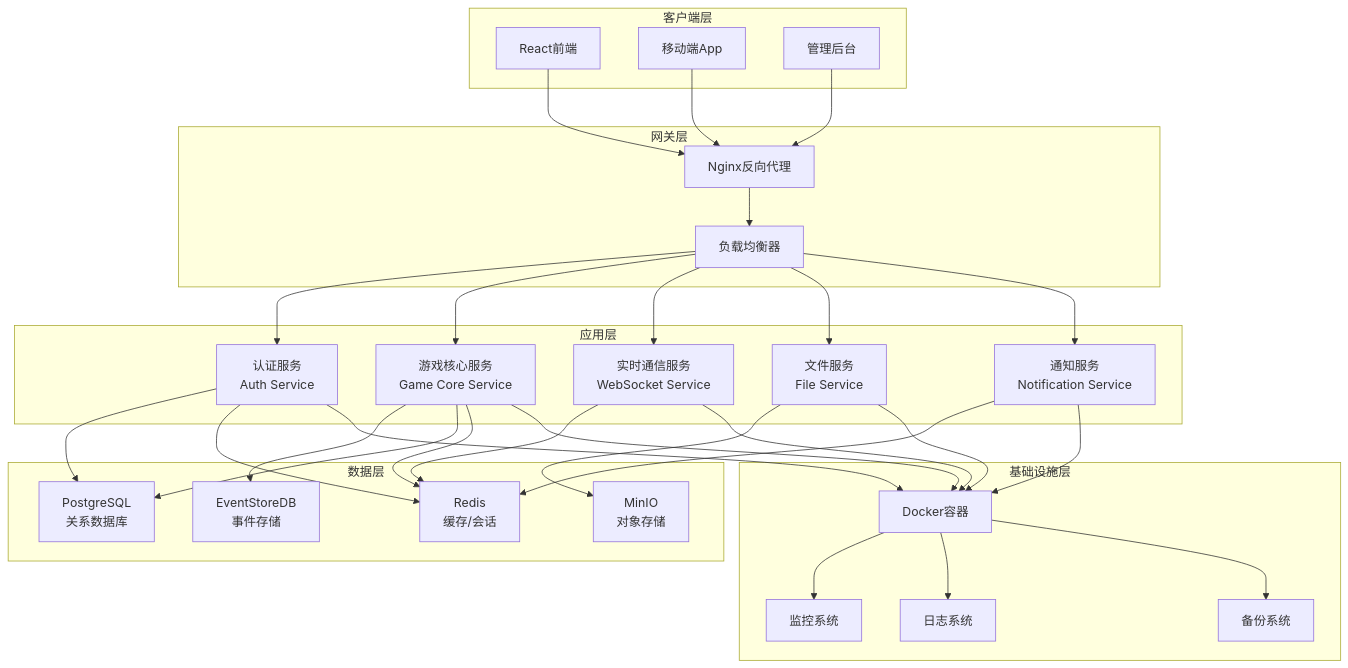
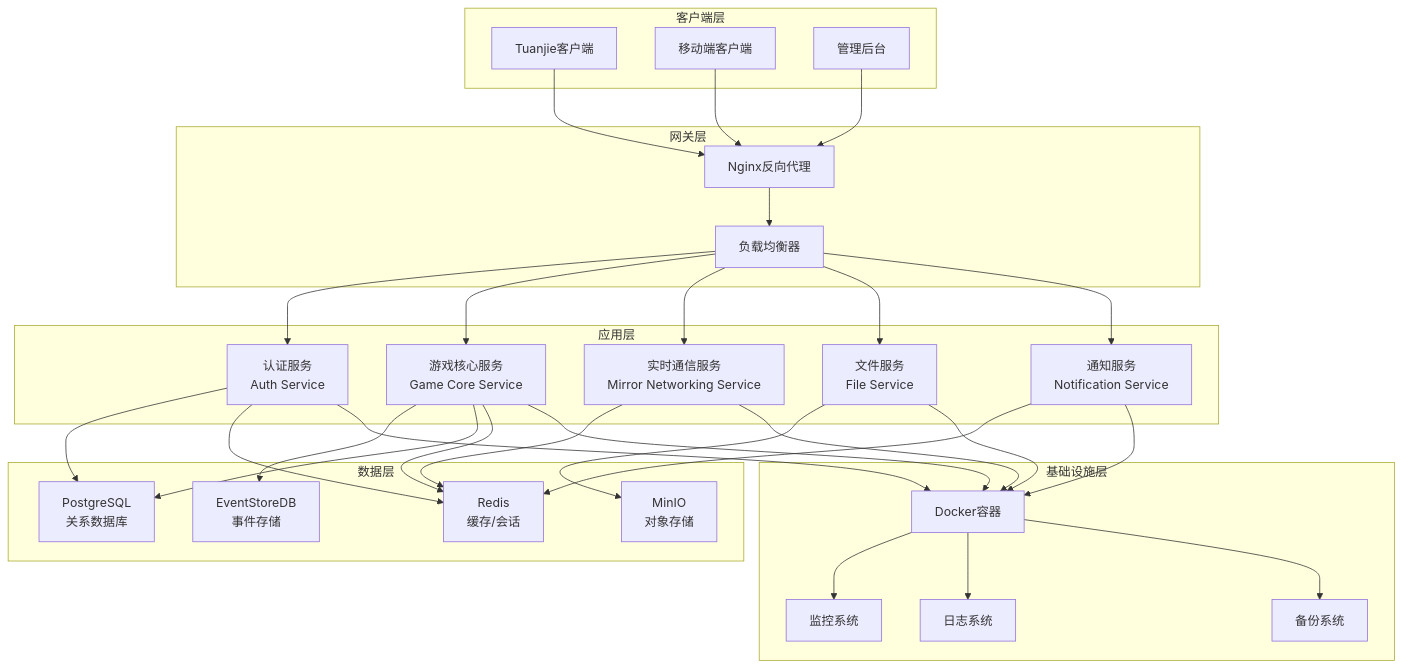
One commit to yingsiqi/Immortality changed the diagram in doc/guides/technical/backend-architecture.md. Above: the diagram before and after it, drawn with Mermaid. The commit also changed other lines of this file and 25 other files, not shown here.

````diff
--- a/doc/guides/technical/backend-architecture.md
+++ b/doc/guides/technical/backend-architecture.md
@@ -54,64 +55,64 @@
 ```mermaid
 flowchart TB
     subgraph "客户端层"
-        A[React前端]
-        B[移动端App]
+        A[Tuanjie客户端]
+        B[移动端客户端]
         C[管理后台]
     end
     
     subgraph "网关层"
         D[Nginx反向代理]
         E[负载均衡器]
     end
     
     subgraph "应用层"
         F[认证服务<br/>Auth Service]
         G[游戏核心服务<br/>Game Core Service]
-        H[实时通信服务<br/>WebSocket Service]
+        H[实时通信服务<br/>Mirror Networking Service]
         I[文件服务<br/>File Service]
         J[通知服务<br/>Notification Service]
     end
     
     subgraph "数据层"
         K[EventStoreDB<br/>事件存储]
         L[PostgreSQL<br/>关系数据库]
         M[Redis<br/>缓存/会话]
         N[MinIO<br/>对象存储]
     end
     
     subgraph "基础设施层"
         O[Docker容器]
         P[监控系统]
         Q[日志系统]
         R[备份系统]
     end
     
     A --> D
     B --> D
     C --> D
     D --> E
     E --> F
     E --> G
     E --> H
     E --> I
     E --> J
     
     F --> L
     F --> M
     G --> K
     G --> L
     G --> M
     H --> M
     I --> N
     J --> M
     
     F --> O
     G --> O
     H --> O
     I --> O
     J --> O
     
     O --> P
     O --> Q
     O --> R
 ```
````
